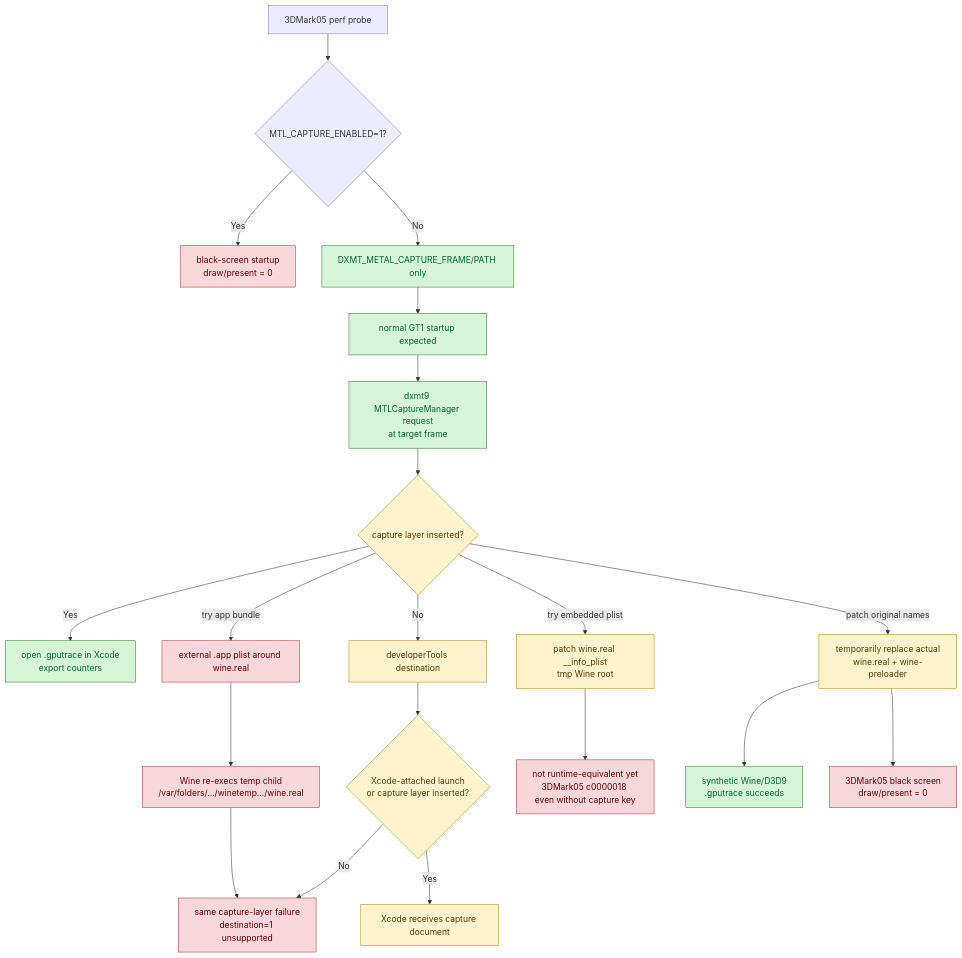
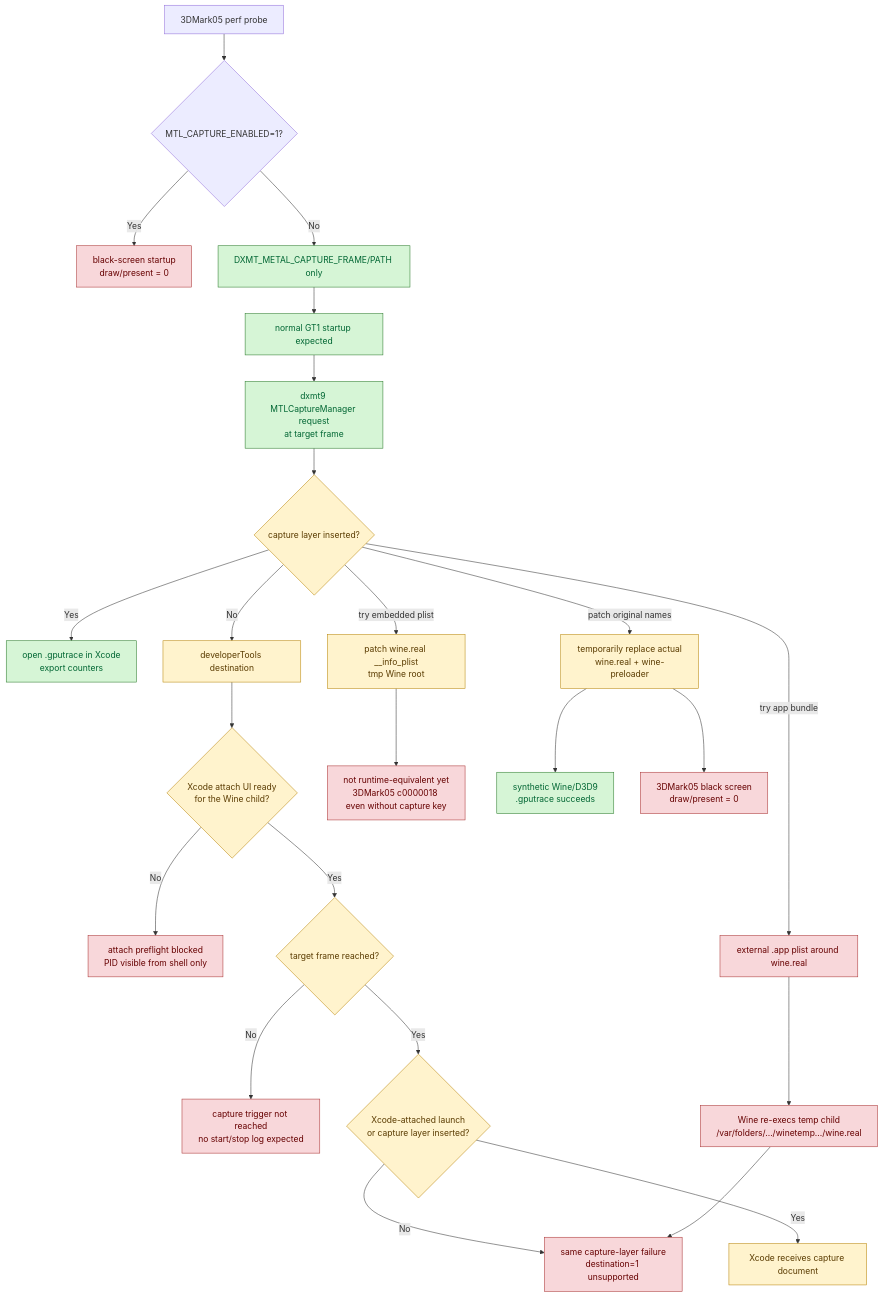
One commit to dfdgsdfg/dxmt9 changed the diagram in docs/perfomance/baselines/baselines-gputrace-capture.01.md. Above: the diagram before and after it, drawn with Mermaid. The commit also changed other lines of this file and 211 other files, not shown here.

````diff
--- a/docs/perfomance/baselines/baselines-gputrace-capture.01.md
+++ b/docs/perfomance/baselines/baselines-gputrace-capture.01.md
@@ -196,29 +238,33 @@
 ```mermaid
 flowchart TD
   Start["3DMark05 perf probe"] --> CaptureEnv{"MTL_CAPTURE_ENABLED=1?"}
   CaptureEnv -- "Yes" --> Black["black-screen startup<br/>draw/present = 0"]
   CaptureEnv -- "No" --> DxmtCapture["DXMT_METAL_CAPTURE_FRAME/PATH only"]
   DxmtCapture --> Normal["normal GT1 startup expected"]
   Normal --> GpuTrace["dxmt9 MTLCaptureManager request<br/>at target frame"]
   GpuTrace --> Layer{"capture layer inserted?"}
   Layer -- "Yes" --> Xcode["open .gputrace in Xcode<br/>export counters"]
   Layer -- "No" --> DevTools["developerTools destination"]
-  DevTools --> DevLayer{"Xcode-attached launch<br/>or capture layer inserted?"}
+  DevTools --> AttachPreflight{"Xcode attach UI ready<br/>for the Wine child?"}
+  AttachPreflight -- "No" --> AttachBlocked["attach preflight blocked<br/>PID visible from shell only"]
+  AttachPreflight -- "Yes" --> TargetFrame{"target frame reached?"}
+  TargetFrame -- "No" --> FrameMiss["capture trigger not reached<br/>no start/stop log expected"]
+  TargetFrame -- "Yes" --> DevLayer{"Xcode-attached launch<br/>or capture layer inserted?"}
   DevLayer -- "No" --> DevFail["same capture-layer failure<br/>destination=1 unsupported"]
   DevLayer -- "Yes" --> XcodeCapture["Xcode receives capture document"]
   Layer -- "try app bundle" --> AppBundle["external .app plist around wine.real"]
   AppBundle --> WineTemp["Wine re-execs temp child<br/>/var/folders/.../winetemp.../wine.real"]
   WineTemp --> DevFail
   Layer -- "try embedded plist" --> TmpRoot["patch wine.real __info_plist<br/>tmp Wine root"]
   TmpRoot --> TmpInvalid["not runtime-equivalent yet<br/>3DMark05 c0000018 even without capture key"]
   Layer -- "patch original names" --> WineNamePatch["temporarily replace actual<br/>wine.real + wine-preloader"]
   WineNamePatch --> SyntheticOk["synthetic Wine/D3D9<br/>.gputrace succeeds"]
   WineNamePatch --> ThreeDMarkBlack["3DMark05 black screen<br/>draw/present = 0"]
 
   classDef accepted fill:#d6f5d6,stroke:#2b7a2b,color:#063
   classDef pending fill:#fff3cd,stroke:#b8860b,color:#5a3b00
   classDef rejected fill:#f8d7da,stroke:#a33,color:#600
   class DxmtCapture,Normal,GpuTrace,Xcode,SyntheticOk accepted
-  class Layer,DevTools,DevLayer,XcodeCapture,TmpRoot,WineNamePatch pending
-  class Black,DevFail,AppBundle,WineTemp,TmpInvalid,ThreeDMarkBlack rejected
+  class Layer,DevTools,AttachPreflight,TargetFrame,DevLayer,XcodeCapture,TmpRoot,WineNamePatch pending
+  class Black,AttachBlocked,FrameMiss,DevFail,AppBundle,WineTemp,TmpInvalid,ThreeDMarkBlack rejected
 ```
````
